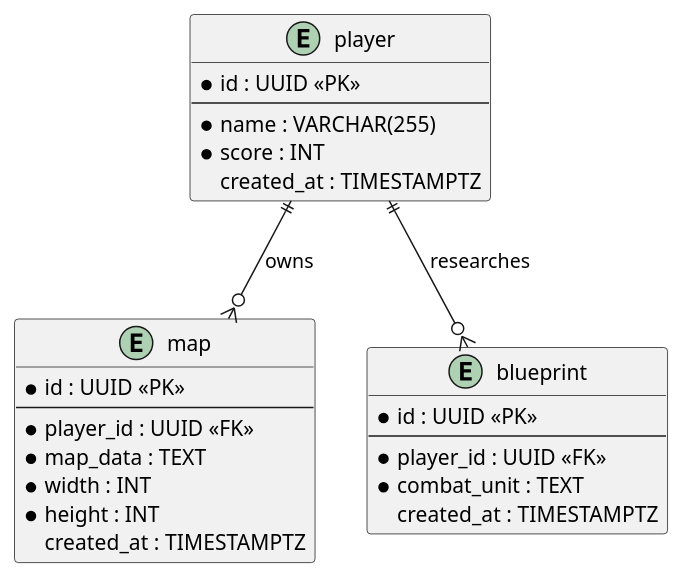
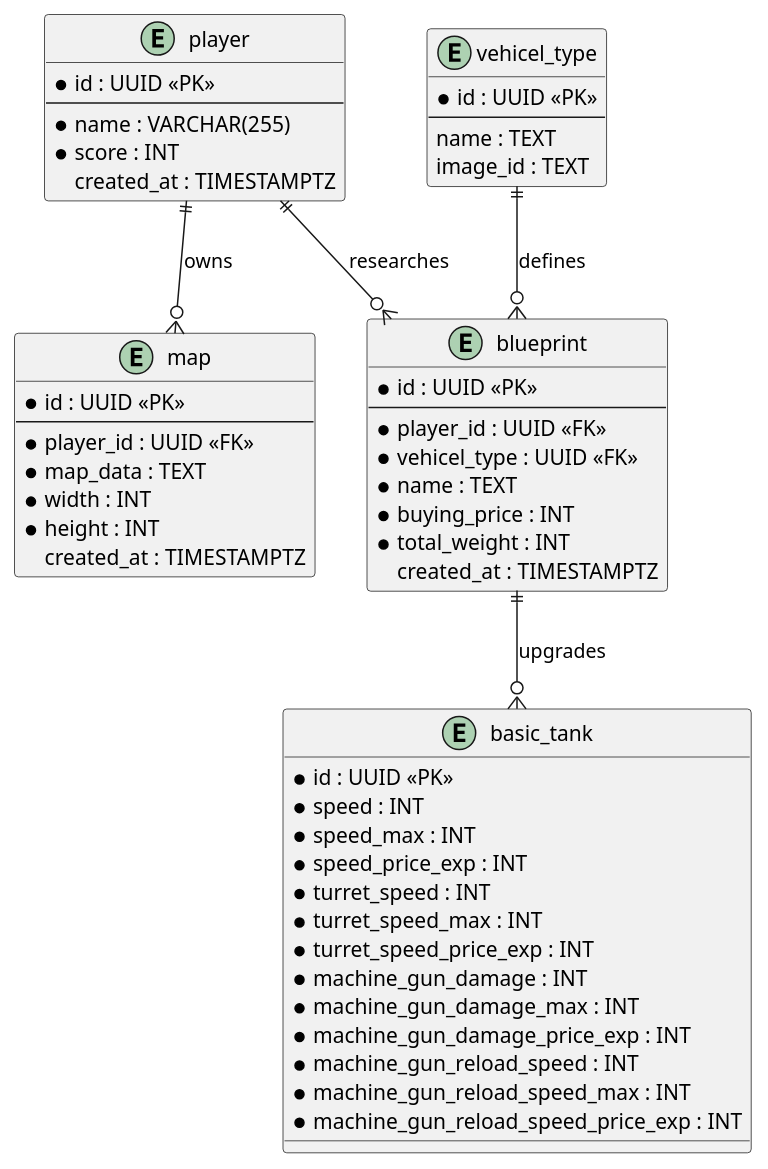
The diagram in doc/arc42/08_crosscutting_concepts/08_01_database_layout.md (anhoppe/tank-wars), drawn with PlantUML before and after one commit. The commit also changed 19 other files, not shown here.

````diff
--- a/doc/arc42/08_crosscutting_concepts/08_01_database_layout.md
+++ b/doc/arc42/08_crosscutting_concepts/08_01_database_layout.md
@@ -13,34 +13,62 @@
 ```plantuml
 @startuml db_layout
 
 entity player {
   * id : UUID <<PK>>
   --
   * name : VARCHAR(255)
   * score : INT
   created_at : TIMESTAMPTZ
 }
 
 entity map {
   * id : UUID <<PK>>
   --
   * player_id : UUID <<FK>>
   * map_data : TEXT
   * width : INT
   * height : INT
   created_at : TIMESTAMPTZ
 }
 
 entity blueprint {
   * id : UUID <<PK>>
   --
   * player_id : UUID <<FK>>
-  * combat_unit : TEXT
+  * vehicel_type : UUID <<FK>>
+  * name : TEXT
+  * buying_price : INT
+  * total_weight : INT
   created_at : TIMESTAMPTZ
+}
+
+entity vehicel_type {
+  * id : UUID <<PK>>
+  --
+  name : TEXT
+  image_id : TEXT
+}
+
+entity basic_tank {
+  * id : UUID <<PK>>
+  * speed : INT
+  * speed_max : INT
+  * speed_price_exp : INT
+  * turret_speed : INT
+  * turret_speed_max : INT
+  * turret_speed_price_exp : INT
+  * machine_gun_damage : INT
+  * machine_gun_damage_max : INT
+  * machine_gun_damage_price_exp : INT
+  * machine_gun_reload_speed : INT
+  * machine_gun_reload_speed_max : INT
+  * machine_gun_reload_speed_price_exp : INT
 }
 
 player ||--o{ map       : "owns"
 player ||--o{ blueprint : "researches"
+vehicel_type ||--o{ blueprint : "defines"
+blueprint ||--o{ basic_tank : "upgrades"
 
 @enduml
 ```
````
